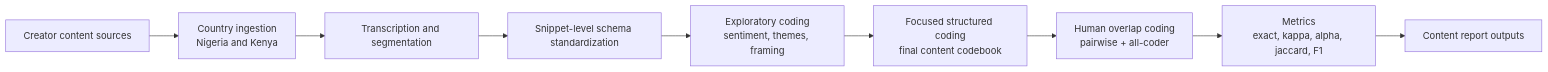
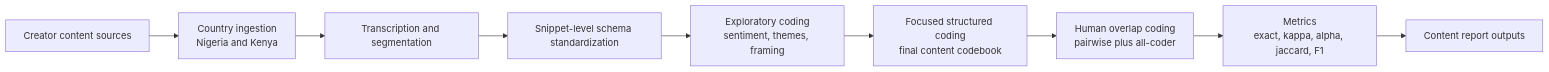
The second of 4 diagrams in README.md (sushildalavi/Gates-Manfluencer-Project), drawn with Mermaid before and after one commit. The commit also changed other lines of this file and 9 other files, not shown here.

````diff
--- a/README.md
+++ b/README.md
@@ -78,11 +193,11 @@
 ```mermaid
 flowchart LR
     A["Creator content sources"] --> B["Country ingestion\nNigeria and Kenya"]
     B --> C["Transcription and segmentation"]
     C --> D["Snippet-level schema standardization"]
     D --> E["Exploratory coding\nsentiment, themes, framing"]
     E --> F["Focused structured coding\nfinal content codebook"]
-    F --> G["Human overlap coding\npairwise + all-coder"]
+    F --> G["Human overlap coding\npairwise plus all-coder"]
     G --> H["Metrics\nexact, kappa, alpha, jaccard, F1"]
     H --> I["Content report outputs"]
 ```
````
